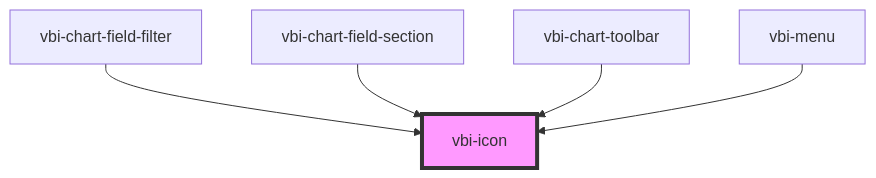
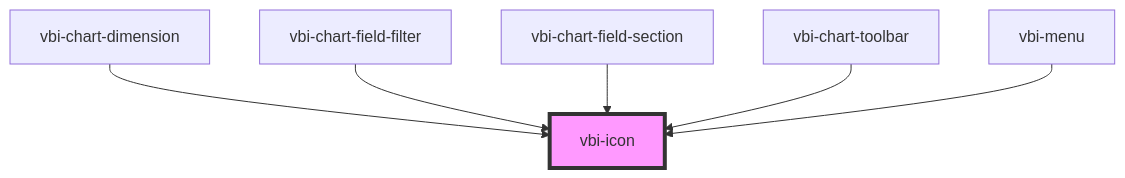
Before and after one commit to Ditto190/VBI-modme: the diagram in packages/vbi-component/src/components/ui/vbi-icon/readme.md, drawn with Mermaid. The commit also changed other lines of this file and 10 other files, not shown here.

````diff
--- a/packages/vbi-component/src/components/ui/vbi-icon/readme.md
+++ b/packages/vbi-component/src/components/ui/vbi-icon/readme.md
@@ -27,8 +28,9 @@
 ```mermaid
 graph TD;
+  vbi-chart-dimension --> vbi-icon
   vbi-chart-field-filter --> vbi-icon
   vbi-chart-field-section --> vbi-icon
   vbi-chart-toolbar --> vbi-icon
   vbi-menu --> vbi-icon
   style vbi-icon fill:#f9f,stroke:#333,stroke-width:4px
 ```
````
